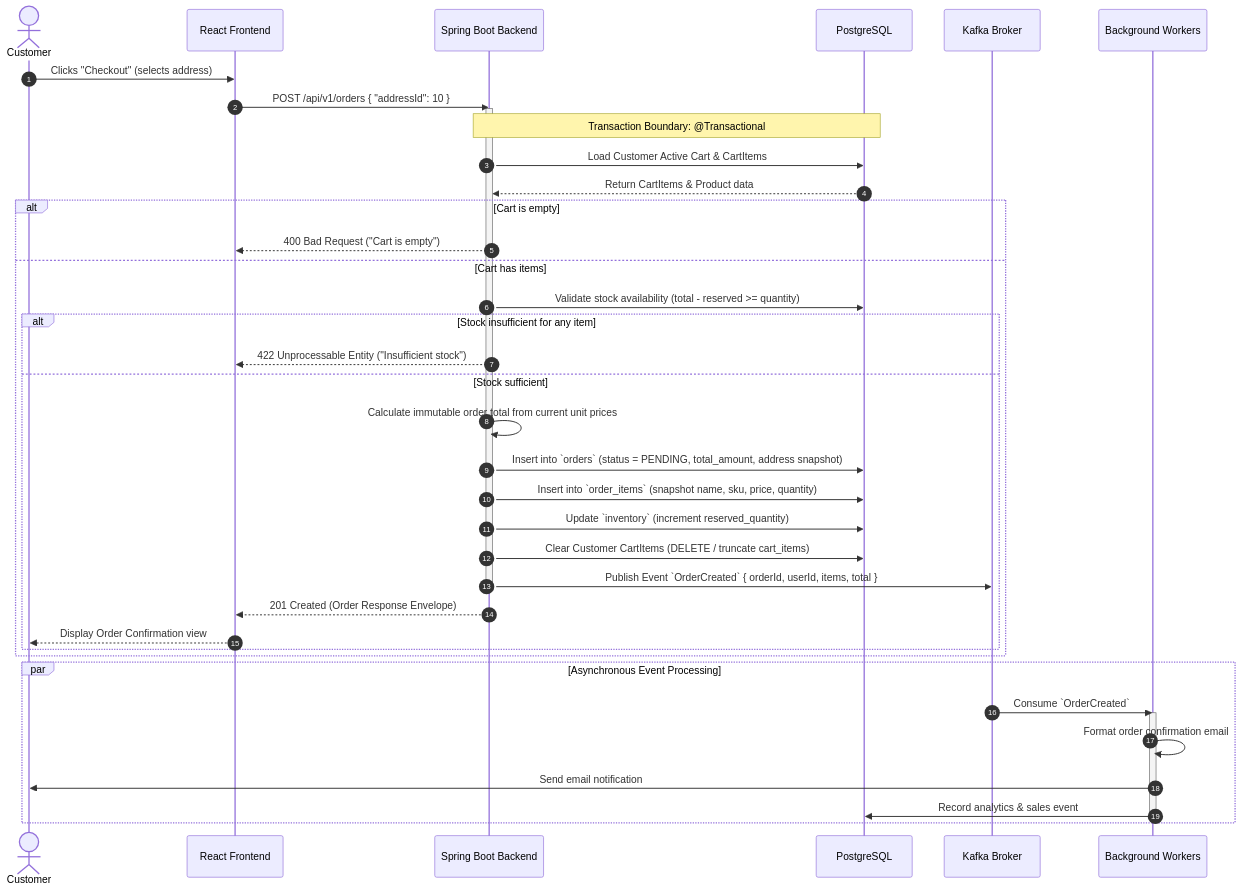
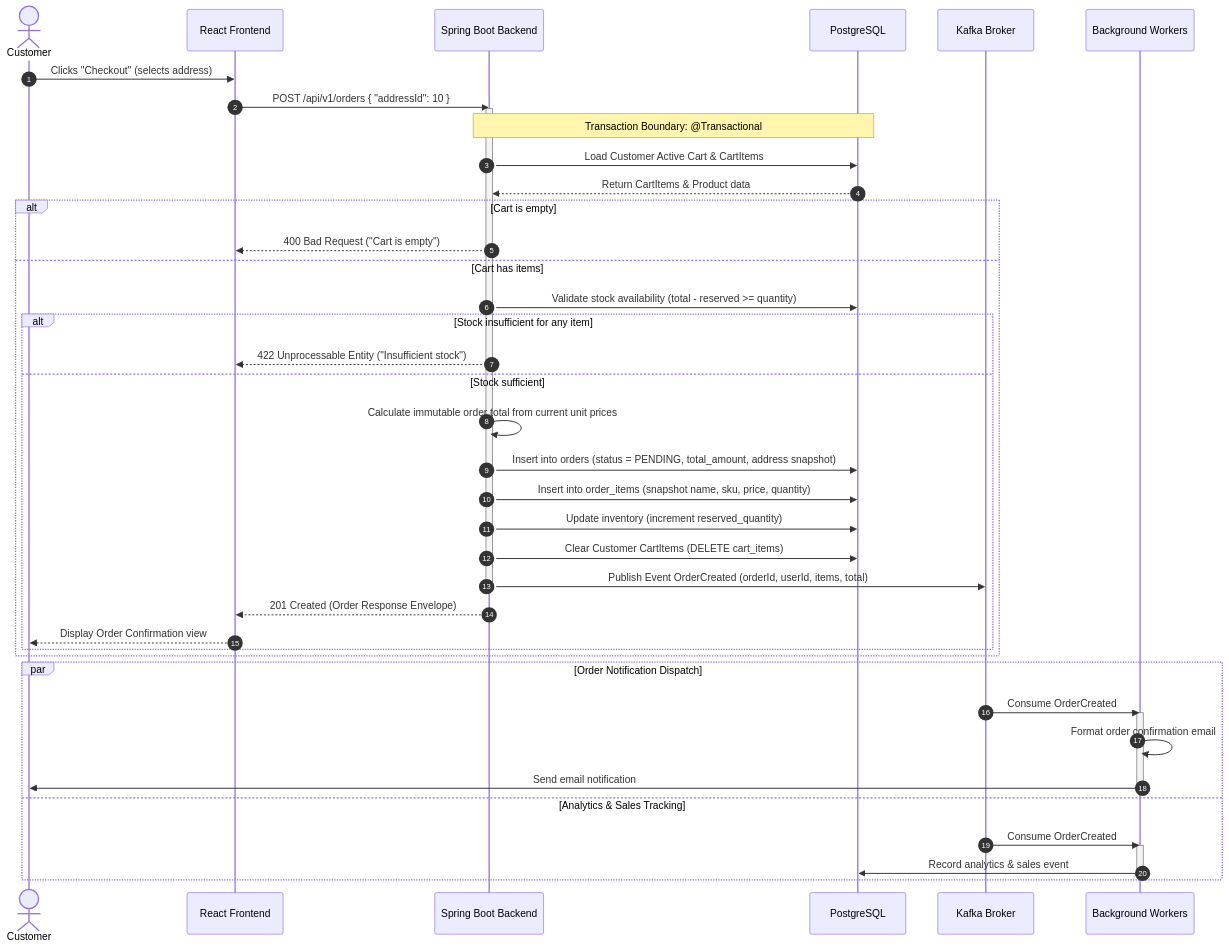
The second of 3 diagrams in diagrams/sequence-diagrams.md (ai-tech-marketplace/ai-tech-marketplace-docs), drawn with Mermaid before and after one commit. The commit also changed 4 other files, not shown here.

Commit message:
docs: resolve technical review feedback on diagrams, api design headings, and readme status

````diff
--- a/diagrams/sequence-diagrams.md
+++ b/diagrams/sequence-diagrams.md
@@ -52,49 +52,53 @@
 ```mermaid
 sequenceDiagram
     autonumber
     actor Customer as Customer
     participant Frontend as React Frontend
     participant Backend as Spring Boot Backend
     participant DB as PostgreSQL
     participant Kafka as Kafka Broker
     participant Worker as Background Workers
 
     Customer->>Frontend: Clicks "Checkout" (selects address)
     Frontend->>Backend: POST /api/v1/orders { "addressId": 10 }
     activate Backend
 
     Note over Backend,DB: Transaction Boundary: @Transactional
     Backend->>DB: Load Customer Active Cart & CartItems
     DB-->>Backend: Return CartItems & Product data
 
     alt Cart is empty
         Backend-->>Frontend: 400 Bad Request ("Cart is empty")
     else Cart has items
         Backend->>DB: Validate stock availability (total - reserved >= quantity)
         
         alt Stock insufficient for any item
             Backend-->>Frontend: 422 Unprocessable Entity ("Insufficient stock")
         else Stock sufficient
             Backend->>Backend: Calculate immutable order total from current unit prices
-            Backend->>DB: Insert into `orders` (status = PENDING, total_amount, address snapshot)
-            Backend->>DB: Insert into `order_items` (snapshot name, sku, price, quantity)
-            Backend->>DB: Update `inventory` (increment reserved_quantity)
-            Backend->>DB: Clear Customer CartItems (DELETE / truncate cart_items)
+            Backend->>DB: Insert into orders (status = PENDING, total_amount, address snapshot)
+            Backend->>DB: Insert into order_items (snapshot name, sku, price, quantity)
+            Backend->>DB: Update inventory (increment reserved_quantity)
+            Backend->>DB: Clear Customer CartItems (DELETE cart_items)
             
-            Backend->>Kafka: Publish Event `OrderCreated` { orderId, userId, items, total }
+            Backend->>Kafka: Publish Event OrderCreated (orderId, userId, items, total)
             deactivate Backend
             
             Backend-->>Frontend: 201 Created (Order Response Envelope)
             Frontend-->>Customer: Display Order Confirmation view
         end
     end
 
-    par Asynchronous Event Processing
-        Kafka->>Worker: Consume `OrderCreated`
+    par Order Notification Dispatch
+        Kafka->>Worker: Consume OrderCreated
         activate Worker
         Worker->>Worker: Format order confirmation email
         Worker->>Customer: Send email notification
+        deactivate Worker
+    and Analytics & Sales Tracking
+        Kafka->>Worker: Consume OrderCreated
+        activate Worker
         Worker->>DB: Record analytics & sales event
         deactivate Worker
     end
 ```
````
